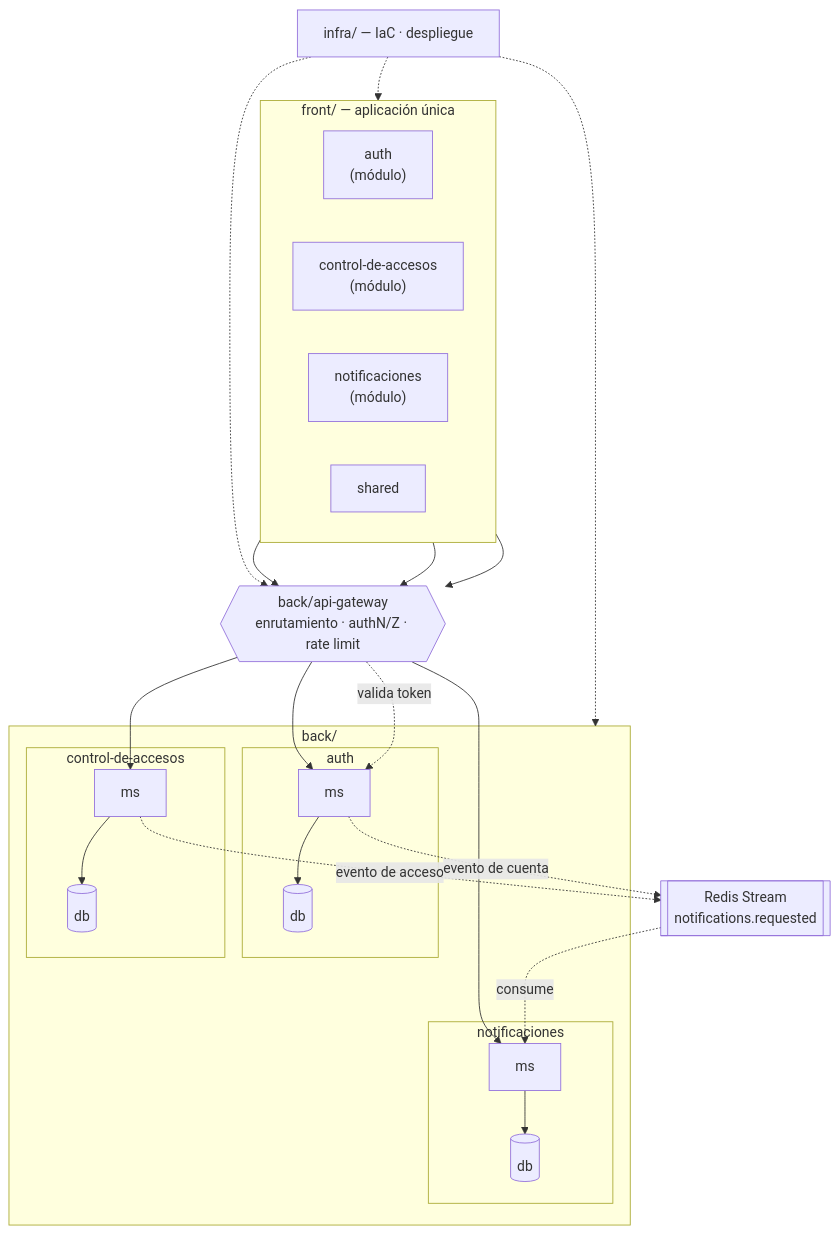
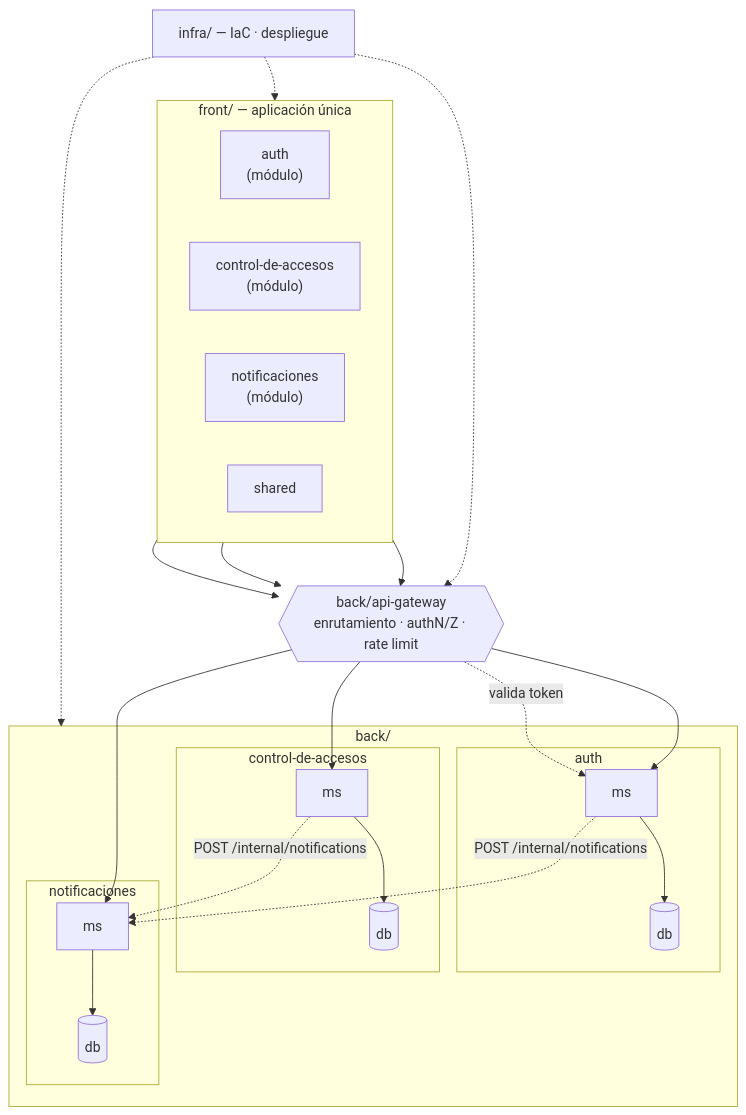
One commit to nestorsgarzonc/SuperApp changed the diagram in docs/architecture.md. Above: the diagram before and after it, drawn with Mermaid. The commit also changed other lines of this file and 36 other files, not shown here.

Commit message:
Removed redis for notifications ms

````diff
--- a/docs/architecture.md
+++ b/docs/architecture.md
@@ -11,43 +11,41 @@
 ```mermaid
 flowchart TB
   subgraph front["front/ — aplicación única"]
     direction LR
     MOD_AU["auth<br/>(módulo)"]
     MOD_CA["control-de-accesos<br/>(módulo)"]
     MOD_NO["notificaciones<br/>(módulo)"]
     SHARED["shared"]
   end
 
   GW{{"back/api-gateway<br/>enrutamiento · authN/Z · rate limit"}}
 
   subgraph back["back/"]
     subgraph fau["auth"]
       MAU["ms"] --> DAU[("db")]
     end
     subgraph fca["control-de-accesos"]
       MCA["ms"] --> DCA[("db")]
     end
     subgraph fno["notificaciones"]
       MNO["ms"] --> DNO[("db")]
     end
   end
 
   MOD_AU --> GW
   MOD_CA --> GW
   MOD_NO --> GW
 
   GW --> MAU
   GW --> MCA
   GW --> MNO
 
   GW -. "valida token" .-> MAU
-  BUS[["Redis Stream<br/>notifications.requested"]]
-  MCA -. "evento de acceso" .-> BUS
-  MAU -. "evento de cuenta" .-> BUS
-  BUS -. "consume" .-> MNO
+  MCA -. "POST /internal/notifications" .-> MNO
+  MAU -. "POST /internal/notifications" .-> MNO
 
   INF["infra/ — IaC · despliegue"]
   INF -.-> front
   INF -.-> GW
   INF -.-> back
 ```
````
